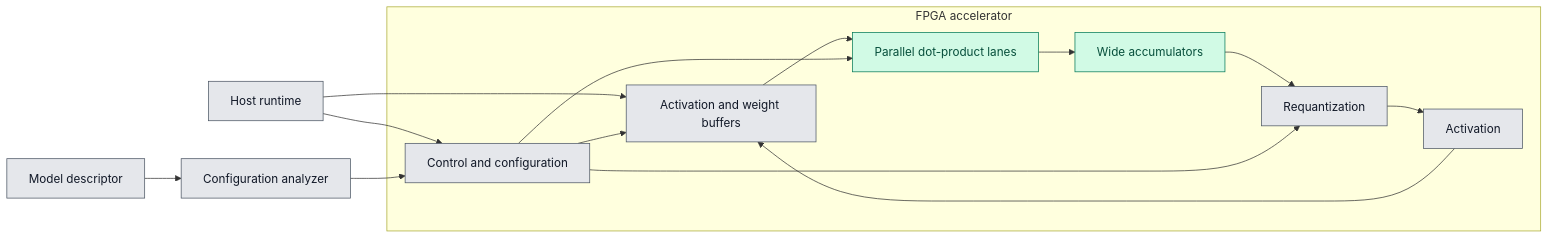
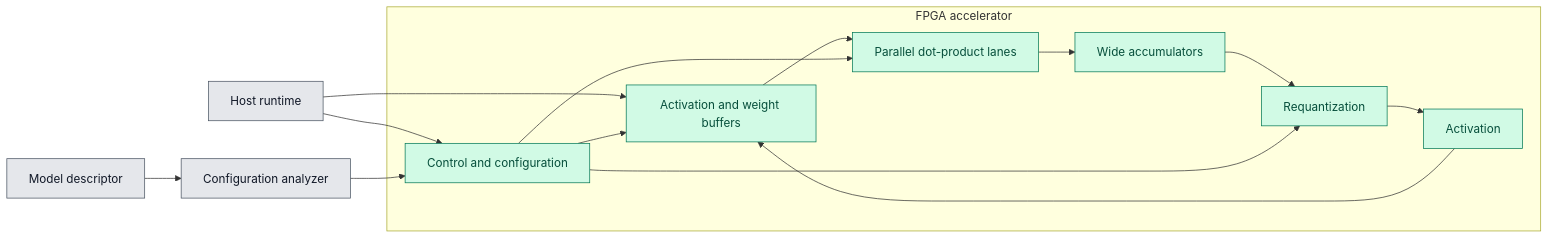
One commit to dhruvauppaluri/MalleableAI-FPGA changed the diagram in docs/architecture.md. Above: the diagram before and after it, drawn with Mermaid. The commit also changed other lines of this file and 12 other files, not shown here.

````diff
--- a/docs/architecture.md
+++ b/docs/architecture.md
@@ -23,24 +23,24 @@
 ```mermaid
 flowchart LR
     Host[Host runtime] --> Control[Control and configuration]
     Model[Model descriptor] --> Analyzer[Configuration analyzer]
     Analyzer --> Control
     Host --> Buffers[Activation and weight buffers]
 
     subgraph FPGA[FPGA accelerator]
         Buffers --> Dot[Parallel dot-product lanes]
         Dot --> Acc[Wide accumulators]
         Acc --> Req[Requantization]
         Req --> Act[Activation]
         Act --> Buffers
         Control --> Buffers
         Control --> Dot
         Control --> Req
     end
 
     classDef verified fill:#d1fae5,stroke:#047857,color:#064e3b;
     classDef active fill:#fef3c7,stroke:#b45309,color:#78350f;
     classDef planned fill:#e5e7eb,stroke:#4b5563,color:#111827;
-    class Dot,Acc verified;
-    class Model,Analyzer,Host,Control,Buffers,Req,Act planned;
+    class Dot,Acc,Control,Buffers,Req,Act verified;
+    class Model,Analyzer,Host planned;
 ```
````
